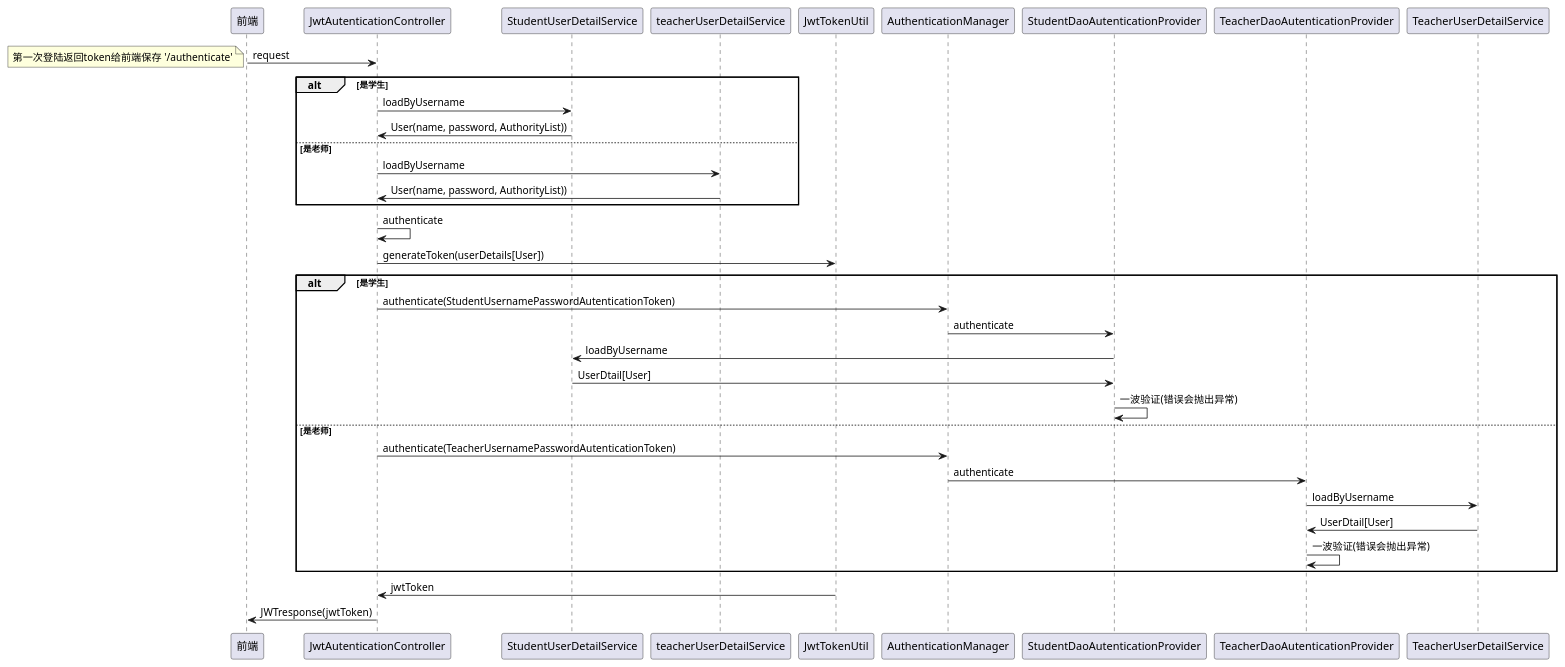
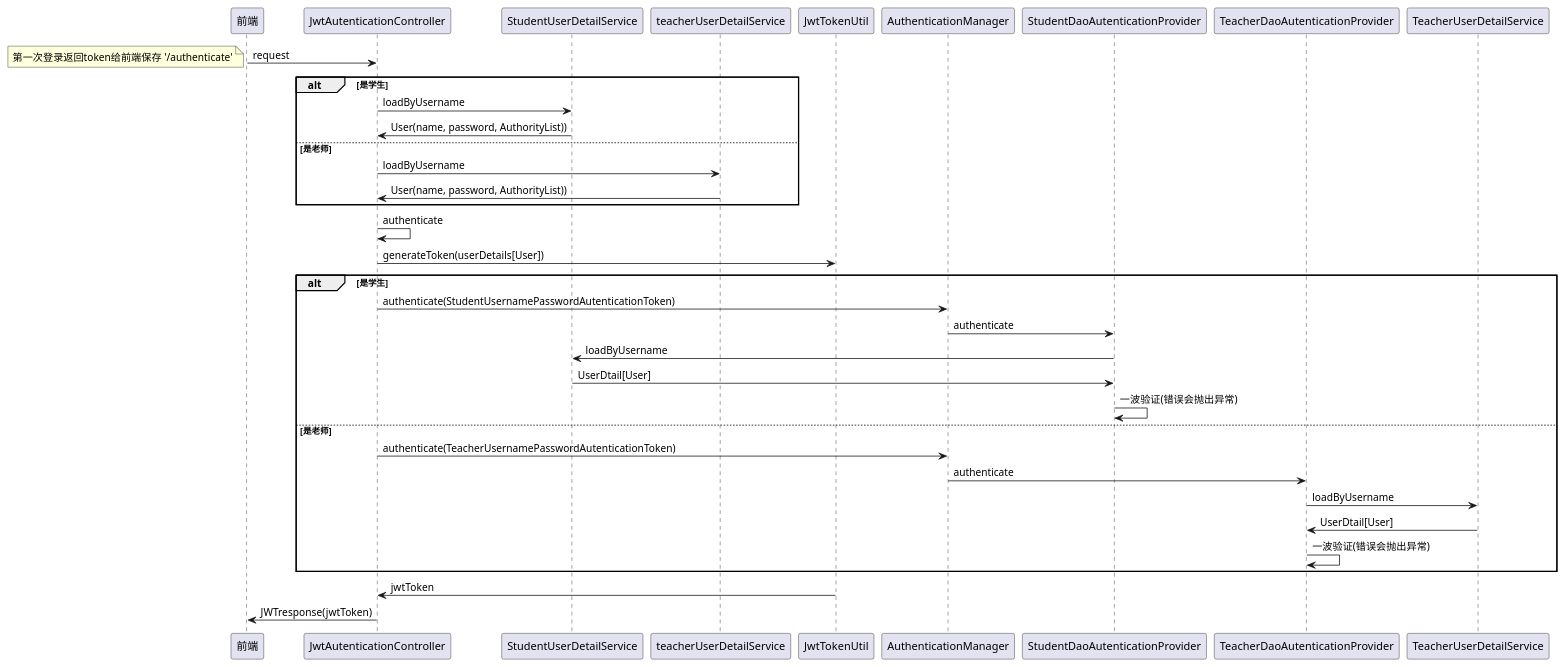
The diagram in documents/latexPaper_/uml/时序图/时序图-authentication.puml (swithun-liu/scoring_system), drawn with PlantUML before and after one commit. The commit also changed 19 other files, not shown here.

```diff
--- a/documents/latexPaper_/uml/时序图/时序图-authentication.puml
+++ b/documents/latexPaper_/uml/时序图/时序图-authentication.puml
@@ -1,28 +1,28 @@
 @startuml
 前端 ->JwtAutenticationController : request
-note top: 第一次登陆返回token给前端保存 '/authenticate'
+note top: 第一次登录返回token给前端保存 '/authenticate'
 alt 是学生
     JwtAutenticationController -> StudentUserDetailService: loadByUsername
     StudentUserDetailService-> JwtAutenticationController: User(name, password, AuthorityList))
 else 是老师
     JwtAutenticationController -> teacherUserDetailService: loadByUsername
     teacherUserDetailService -> JwtAutenticationController: User(name, password, AuthorityList))
 end
 JwtAutenticationController -> JwtAutenticationController : authenticate
 JwtAutenticationController -> JwtTokenUtil : generateToken(userDetails[User])
 alt 是学生
     JwtAutenticationController -> AuthenticationManager: authenticate(StudentUsernamePasswordAutenticationToken)
     AuthenticationManager -> StudentDaoAutenticationProvider: authenticate
     StudentDaoAutenticationProvider -> StudentUserDetailService: loadByUsername
     StudentUserDetailService -> StudentDaoAutenticationProvider : UserDtail[User]
     StudentDaoAutenticationProvider -> StudentDaoAutenticationProvider : 一波验证(错误会抛出异常)
 else 是老师
     JwtAutenticationController -> AuthenticationManager: authenticate(TeacherUsernamePasswordAutenticationToken)
     AuthenticationManager -> TeacherDaoAutenticationProvider: authenticate
     TeacherDaoAutenticationProvider -> TeacherUserDetailService: loadByUsername
     TeacherUserDetailService -> TeacherDaoAutenticationProvider : UserDtail[User]
     TeacherDaoAutenticationProvider -> TeacherDaoAutenticationProvider : 一波验证(错误会抛出异常)
 end
 JwtTokenUtil -> JwtAutenticationController : jwtToken
 JwtAutenticationController -> 前端: JWTresponse(jwtToken)
 @enduml
```
